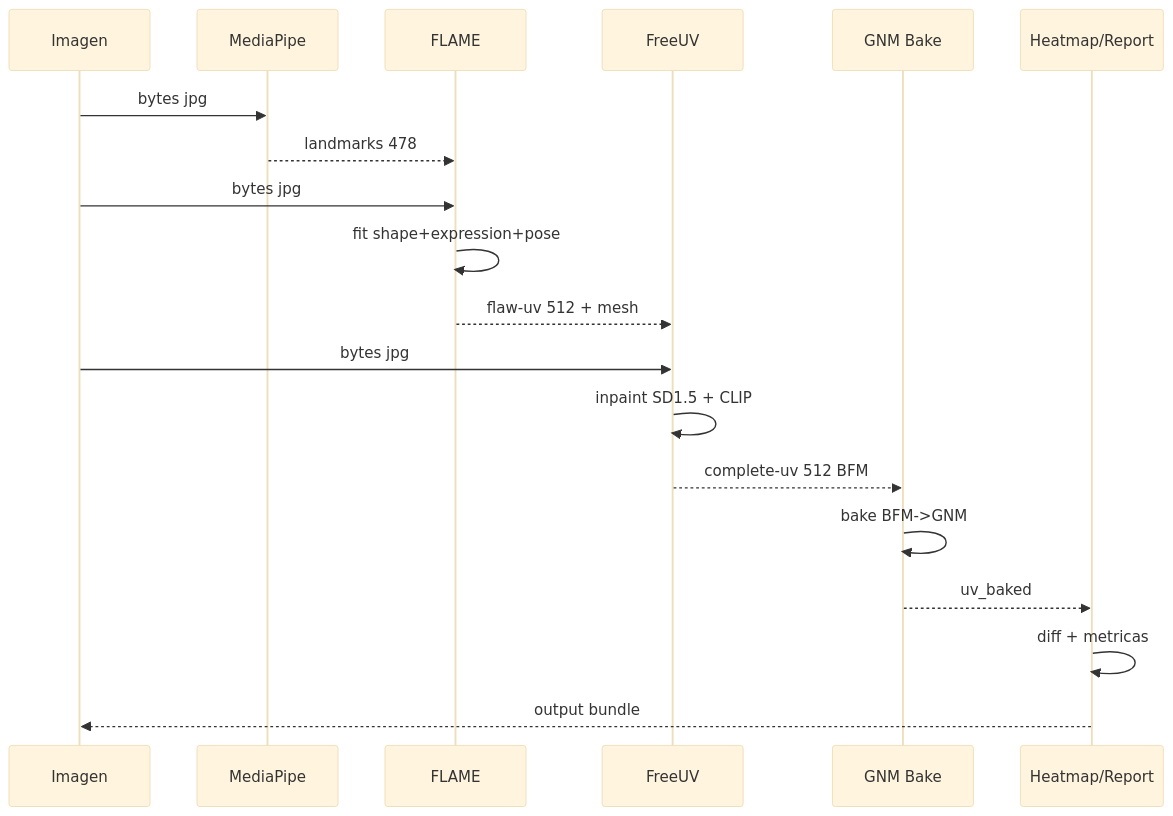
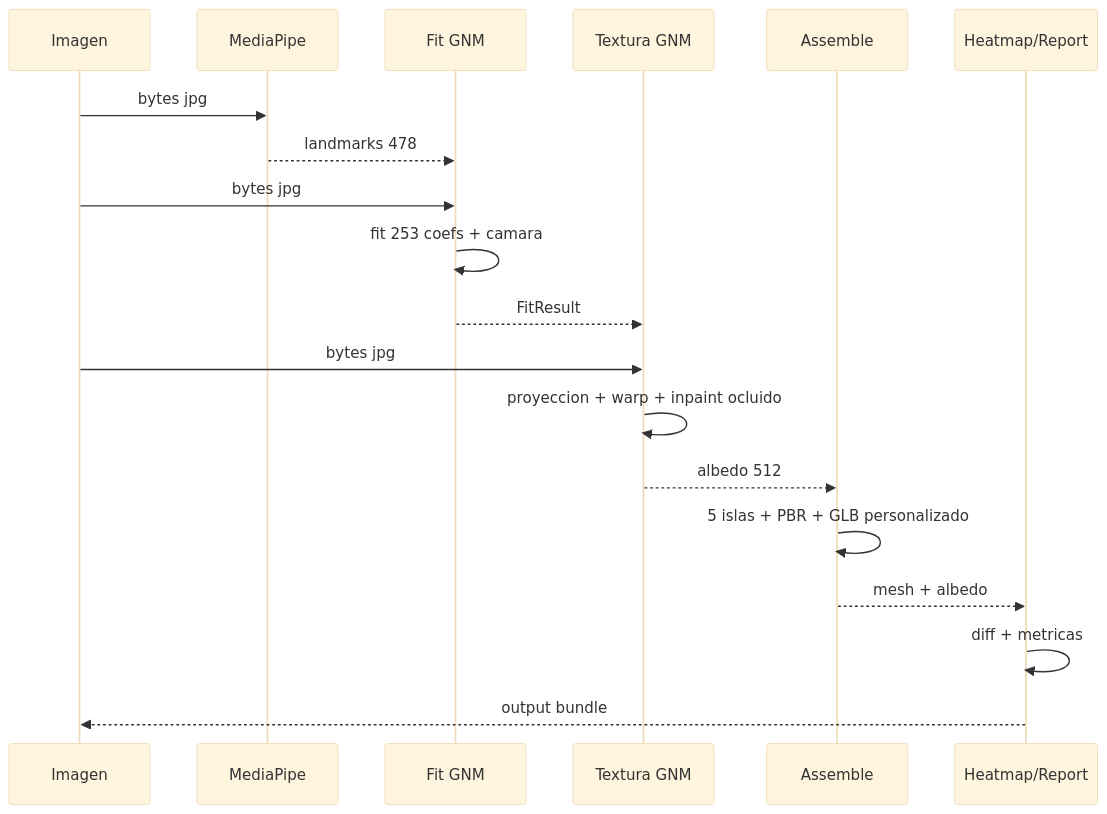
The third of 4 diagrams in PIPELINE.md (dinoesau/vultus), drawn with Mermaid (base theme) before and after one commit. The commit also changed other lines of this file and 24 other files, not shown here.

First line of the commit message:
feat(gnm): direct GNM fit-texture-PBR pipeline, retire BFM path

````diff
--- a/PIPELINE.md
+++ b/PIPELINE.md
@@ -77,22 +77,22 @@
 ```mermaid
 sequenceDiagram
     participant I as Imagen
     participant MP as MediaPipe
-    participant FL as FLAME
-    participant FU as FreeUV
-    participant GNM as GNM Bake
+    participant FIT as Fit GNM
+    participant TX as Textura GNM
+    participant ASM as Assemble
     participant HR as Heatmap/Report
 
     I->>MP: bytes jpg
-    MP-->>FL: landmarks 478
-    I->>FL: bytes jpg
-    FL->>FL: fit shape+expression+pose
-    FL-->>FU: flaw-uv 512 + mesh
-    I->>FU: bytes jpg
-    FU->>FU: inpaint SD1.5 + CLIP
-    FU-->>GNM: complete-uv 512 BFM
-    GNM->>GNM: bake BFM->GNM
-    GNM-->>HR: uv_baked
+    MP-->>FIT: landmarks 478
+    I->>FIT: bytes jpg
+    FIT->>FIT: fit 253 coefs + camara
+    FIT-->>TX: FitResult
+    I->>TX: bytes jpg
+    TX->>TX: proyeccion + warp + inpaint ocluido
+    TX-->>ASM: albedo 512
+    ASM->>ASM: 5 islas + PBR + GLB personalizado
+    ASM-->>HR: mesh + albedo
     HR->>HR: diff + metricas
     HR-->>I: output bundle
 ```
````
